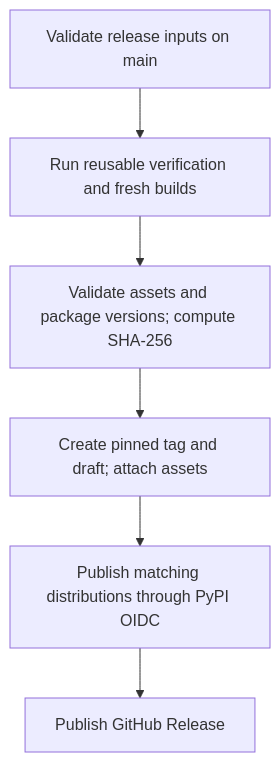
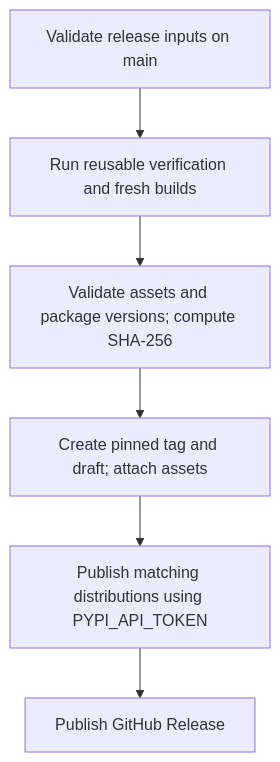
The diagram in docs/publishing.md (YoungLionOrganization/YLSpec), drawn with Mermaid before and after one commit. The commit also changed other lines of this file and 2 other files, not shown here.

Commit message:
Publish to PyPI using the PYPI_API_TOKEN repository secret

````diff
--- a/docs/publishing.md
+++ b/docs/publishing.md
@@ -58,8 +50,8 @@
 ```mermaid
 flowchart TD
     Inputs["Validate release inputs on main"] --> Verify["Run reusable verification and fresh builds"]
     Verify --> Stage["Validate assets and package versions; compute SHA-256"]
     Stage --> Draft["Create pinned tag and draft; attach assets"]
-    Draft --> OIDC["Publish matching distributions through PyPI OIDC"]
-    OIDC --> Final["Publish GitHub Release"]
+    Draft --> Token["Publish matching distributions using PYPI_API_TOKEN"]
+    Token --> Final["Publish GitHub Release"]
 ```
````
